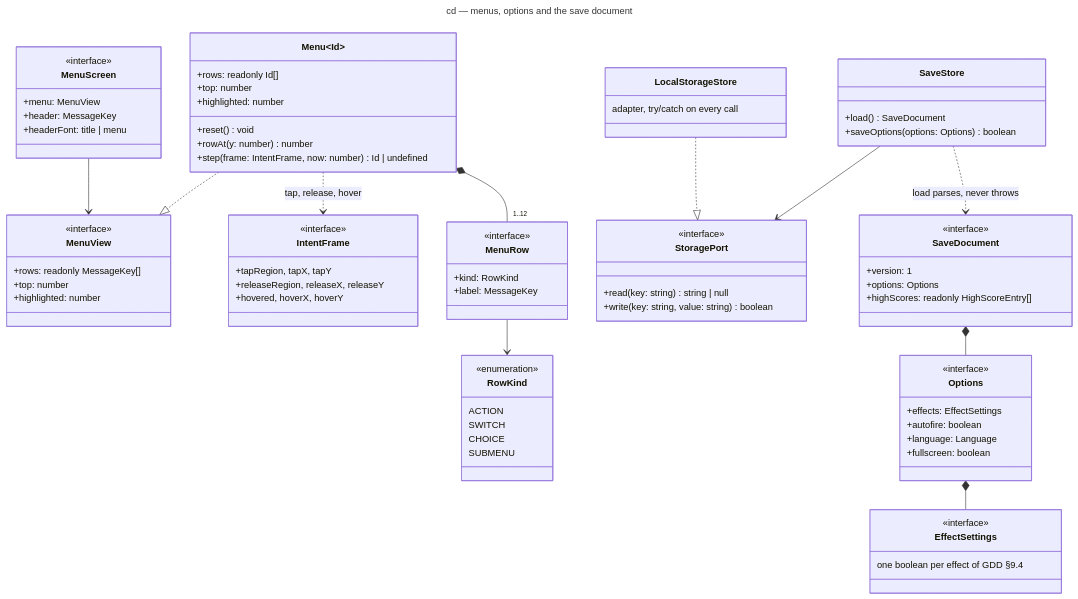
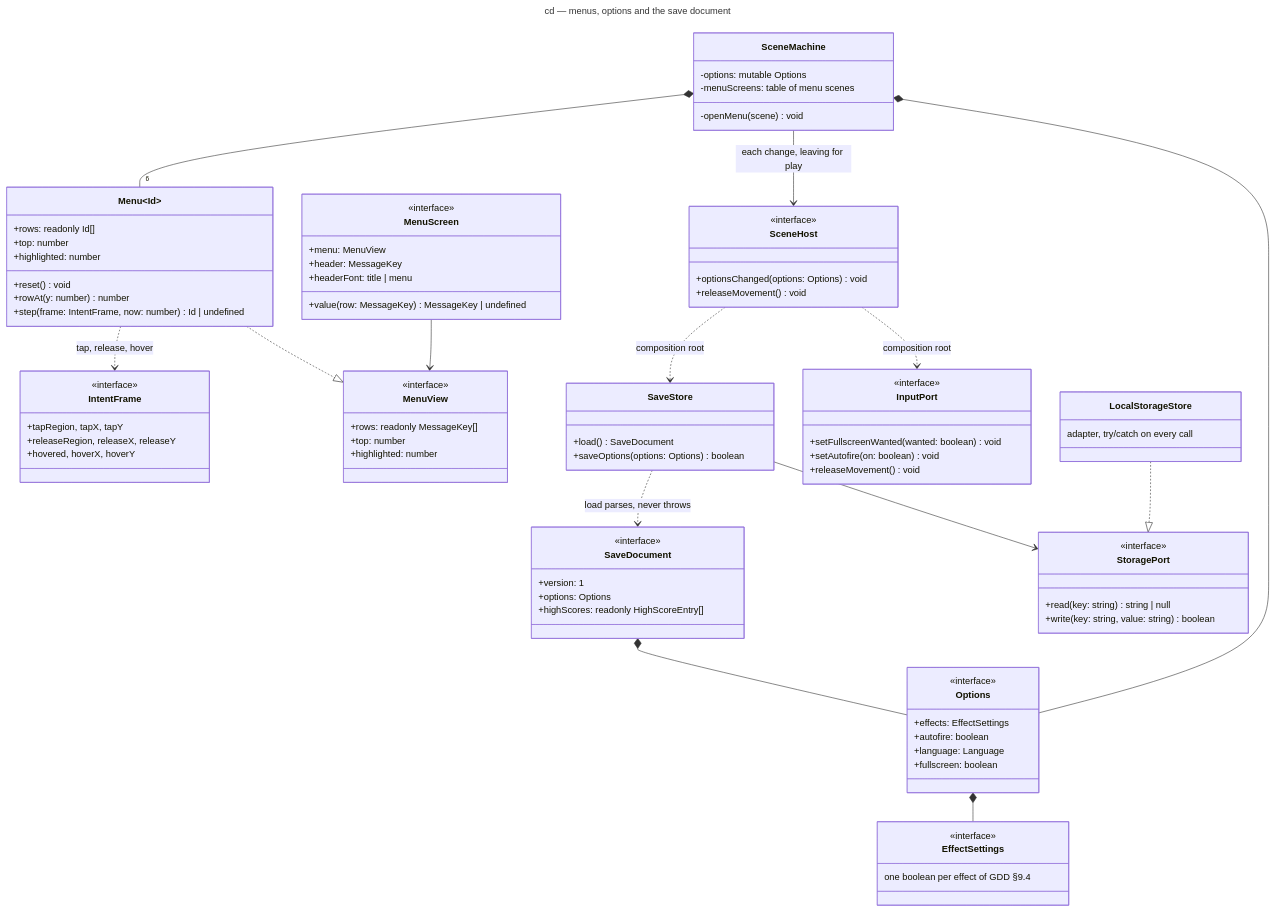
The diagram in docs/architecture/diagrams/meta/04-class-menus.md (benoit-bremaud/retro-shmup), drawn with Mermaid before and after one commit. The commit also changed other lines of this file and 5 other files, not shown here.

First line of the commit message:
docs(design): GDD v0.14 and UML for the options screens (G1a-3)

````diff
--- a/docs/architecture/diagrams/meta/04-class-menus.md
+++ b/docs/architecture/diagrams/meta/04-class-menus.md
@@ -40,24 +40,29 @@
     +menu: MenuView
     +header: MessageKey
     +headerFont: title | menu
+    +value(row: MessageKey) MessageKey | undefined
+  }
+  class SceneHost {
+    <<interface>>
+    +optionsChanged(options: Options) void
+    +releaseMovement() void
+  }
+  class InputPort {
+    <<interface>>
+    +setFullscreenWanted(wanted: boolean) void
+    +setAutofire(on: boolean) void
+    +releaseMovement() void
+  }
+  class SceneMachine {
+    -options: mutable Options
+    -menuScreens: table of menu scenes
+    -openMenu(scene) void
   }
   class IntentFrame {
     <<interface>>
     +tapRegion, tapX, tapY
     +releaseRegion, releaseX, releaseY
     +hovered, hoverX, hoverY
-  }
-  class MenuRow {
-    <<interface>>
-    +kind: RowKind
-    +label: MessageKey
-  }
-  class RowKind {
-    <<enumeration>>
-    ACTION
-    SWITCH
-    CHOICE
-    SUBMENU
   }
   class Options {
     <<interface>>
@@ -89,8 +94,9 @@
     adapter, try/catch on every call
   }
 
-  Menu *-- "1..12" MenuRow
-  MenuRow --> RowKind
+  SceneMachine *-- "6" Menu
+  SceneMachine --> SceneHost : each change, leaving for play
+  SceneMachine *-- Options
   Menu ..> IntentFrame : tap, release, hover
   Menu ..|> MenuView
   MenuScreen --> MenuView
@@ -99,4 +105,6 @@
   SaveStore ..> SaveDocument : load parses, never throws
   SaveStore --> StoragePort
   LocalStorageStore ..|> StoragePort
+  SceneHost ..> SaveStore : composition root
+  SceneHost ..> InputPort : composition root
 ```
````
